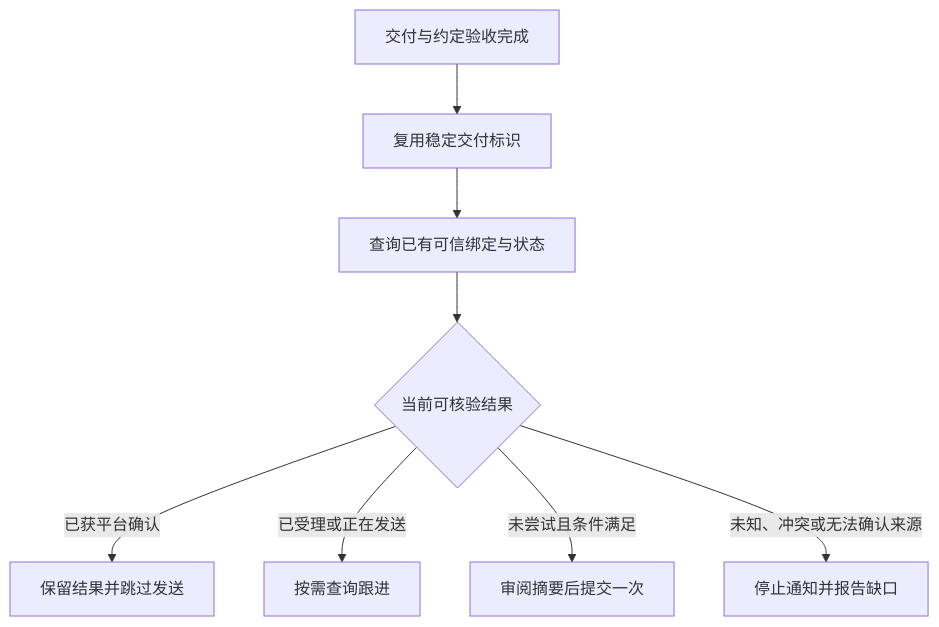
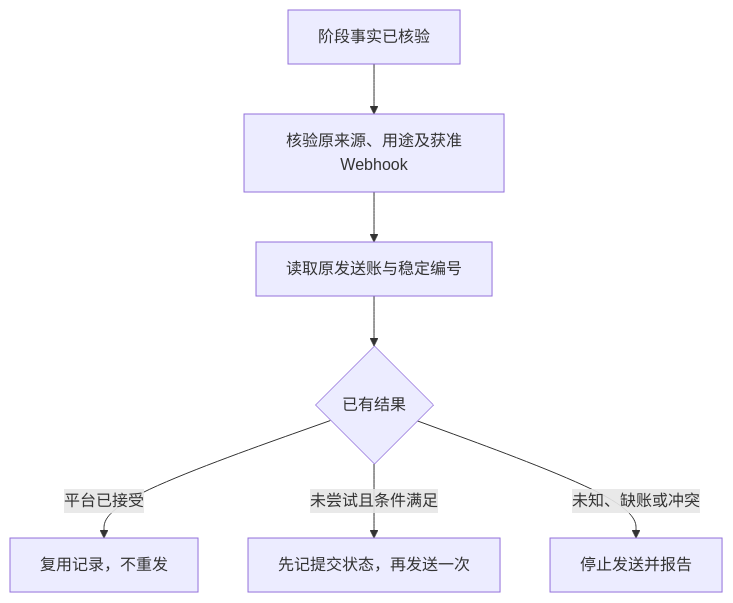
Before and after one commit to xiiiblue/hive-flow: the diagram in docs/11-手册/05-自动化手册/08-交付与回执：把结果带回原反馈者.md, drawn with Mermaid. The commit also changed other lines of this file and 56 other files, not shown here.

````diff
--- a/docs/11-手册/05-自动化手册/08-交付与回执：把结果带回原反馈者.md
+++ b/docs/11-手册/05-自动化手册/08-交付与回执：把结果带回原反馈者.md
@@ -45,10 +49,9 @@
 ```mermaid
 flowchart TD
-  A[交付与约定验收完成] --> B[复用稳定交付标识]
-  B --> C[查询已有可信绑定与状态]
-  C --> D{当前可核验结果}
-  D -->|已获平台确认| E[保留结果并跳过发送]
-  D -->|已受理或正在发送| F[按需查询跟进]
-  D -->|未尝试且条件满足| G[审阅摘要后提交一次]
-  D -->|未知、冲突或无法确认来源| H[停止通知并报告缺口]
+  A[阶段事实已核验] --> B[核验原来源、用途及获准Webhook]
+  B --> C[读取原发送账与稳定编号]
+  C --> D{已有结果}
+  D -->|平台已接受| E[复用记录，不重发]
+  D -->|未尝试且条件满足| F[先记提交状态，再发送一次]
+  D -->|未知、缺账或冲突| G[停止发送并报告]
 ```
````
